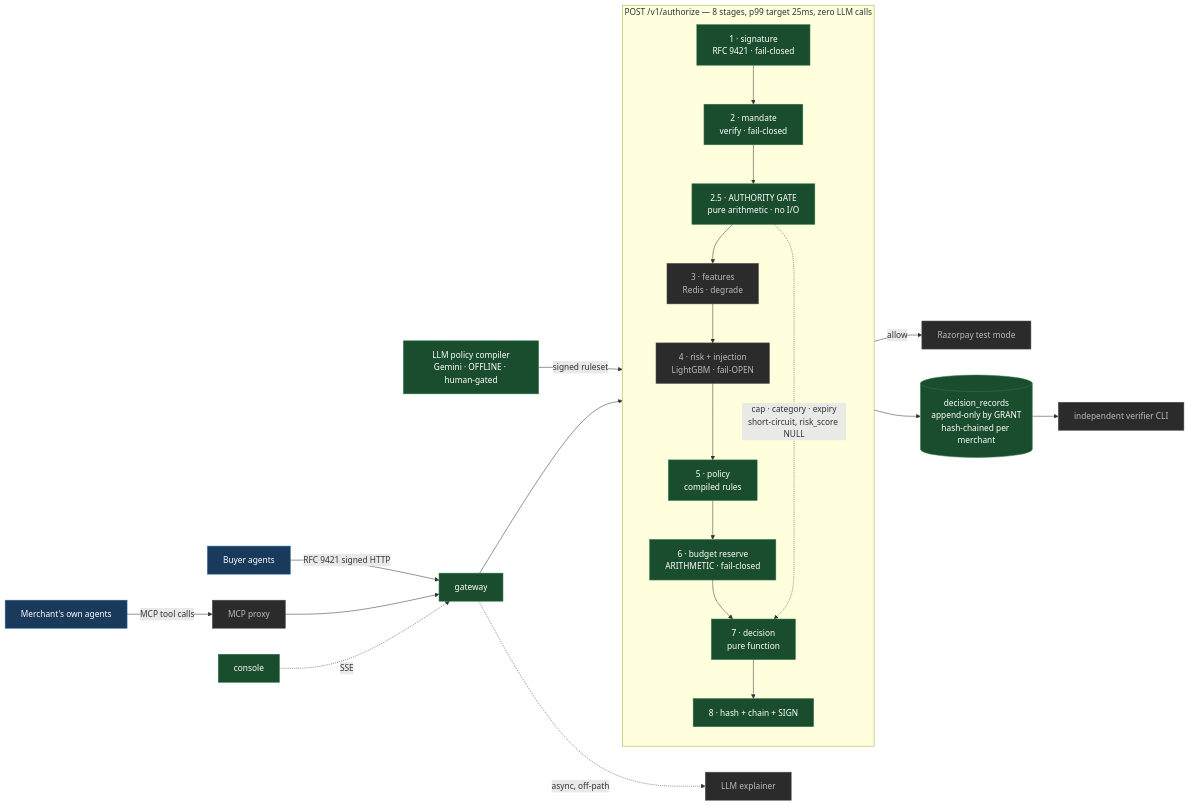
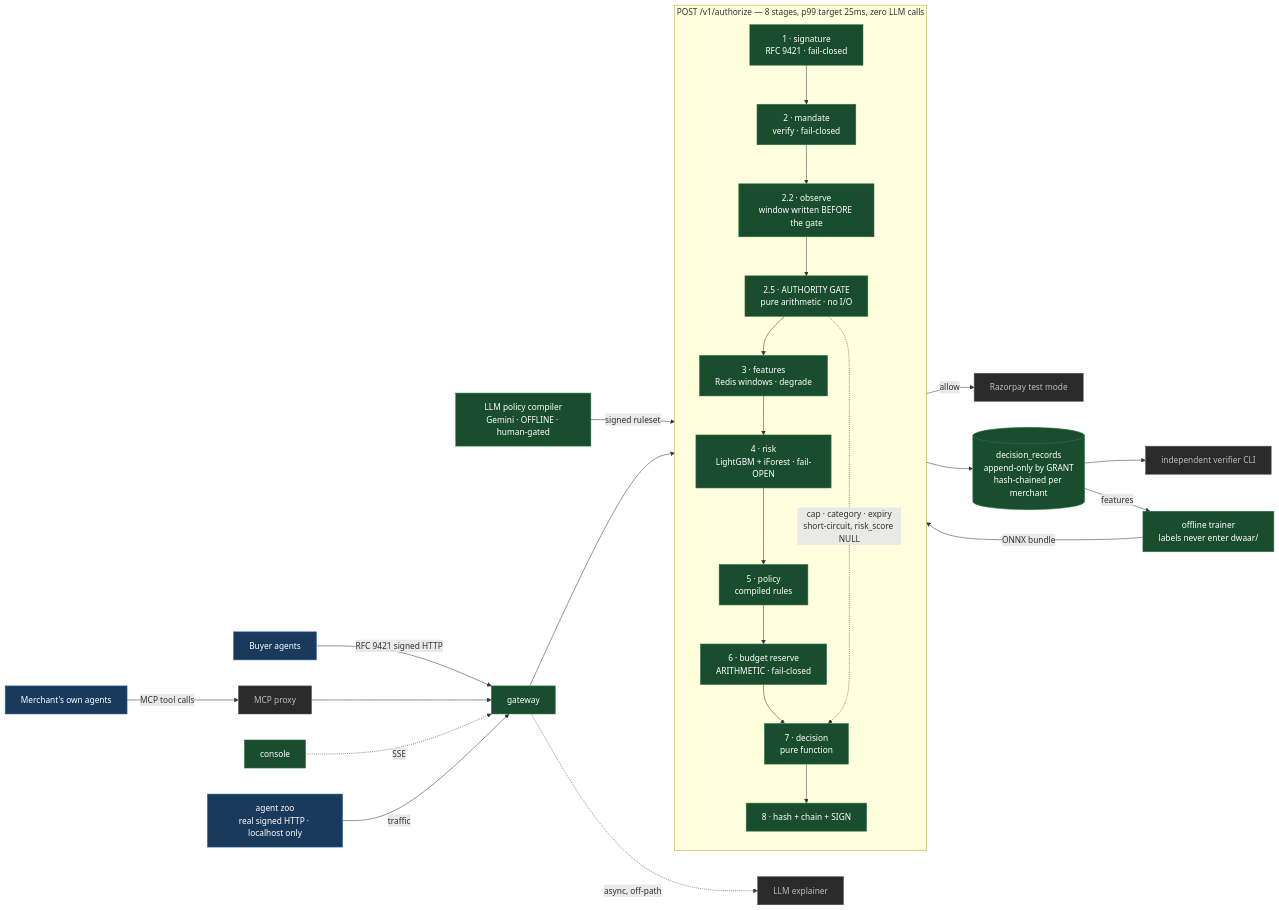
The diagram in README.md (jack1824/razorpay), drawn with Mermaid before and after one commit. The commit also changed other lines of this file and 64 other files, not shown here.

First line of the commit message:
Phase 6: features, traffic, and the risk model

````diff
--- a/README.md
+++ b/README.md
@@ -7,33 +7,37 @@
 ```mermaid
 flowchart LR
   BA[Buyer agents]:::ext -->|RFC 9421 signed HTTP| GW
   MA[Merchant's own agents]:::ext -->|MCP tool calls| PX[MCP proxy]:::soon
   PX --> GW
 
   subgraph DWAAR["POST /v1/authorize — 8 stages, p99 target 25ms, zero LLM calls"]
     direction TB
     S1["1 · signature<br/>RFC 9421 · fail-closed"]:::done
     S2["2 · mandate<br/>verify · fail-closed"]:::done
     G["2.5 · AUTHORITY GATE<br/>pure arithmetic · no I/O"]:::done
-    S3["3 · features<br/>Redis · degrade"]:::soon
-    S4["4 · risk + injection<br/>LightGBM · fail-OPEN"]:::soon
+    S3["3 · features<br/>Redis windows · degrade"]:::done
+    S4["4 · risk<br/>LightGBM + iForest · fail-OPEN"]:::done
     S5["5 · policy<br/>compiled rules"]:::done
     S6["6 · budget reserve<br/>ARITHMETIC · fail-closed"]:::done
     S7["7 · decision<br/>pure function"]:::done
     S8["8 · hash + chain + SIGN"]:::done
-    S1 --> S2 --> G --> S3 --> S4 --> S5 --> S6 --> S7 --> S8
+    S1 --> S2 --> OB["2.2 · observe<br/>window written BEFORE the gate"]:::done
+    OB --> G --> S3 --> S4 --> S5 --> S6 --> S7 --> S8
     G -.->|"cap · category · expiry<br/>short-circuit, risk_score NULL"| S7
   end
 
   GW[gateway]:::done --> DWAAR
   S7 -->|allow| RZP[Razorpay test mode]:::soon
   S8 --> CH[(decision_records<br/>append-only by GRANT<br/>hash-chained per merchant)]:::done
   CH --> V[independent verifier CLI]:::soon
   GW -. async, off-path .-> EX[LLM explainer]:::soon
   PC[LLM policy compiler<br/>Gemini · OFFLINE · human-gated]:::done -->|signed ruleset| S5
   CON[console]:::done -. SSE .-> GW
+  ZOO[agent zoo<br/>real signed HTTP · localhost only]:::ext -->|traffic| GW
+  CH -->|features| TR[offline trainer<br/>labels never enter dwaar/]:::done
+  TR -->|ONNX bundle| S4
 
   classDef done fill:#1a4d2e,stroke:#2d7a4a,color:#fff
   classDef soon fill:#2b2b2b,stroke:#555,color:#bbb
   classDef ext  fill:#1a3a5c,stroke:#2d6a9f,color:#fff
 ```
````
